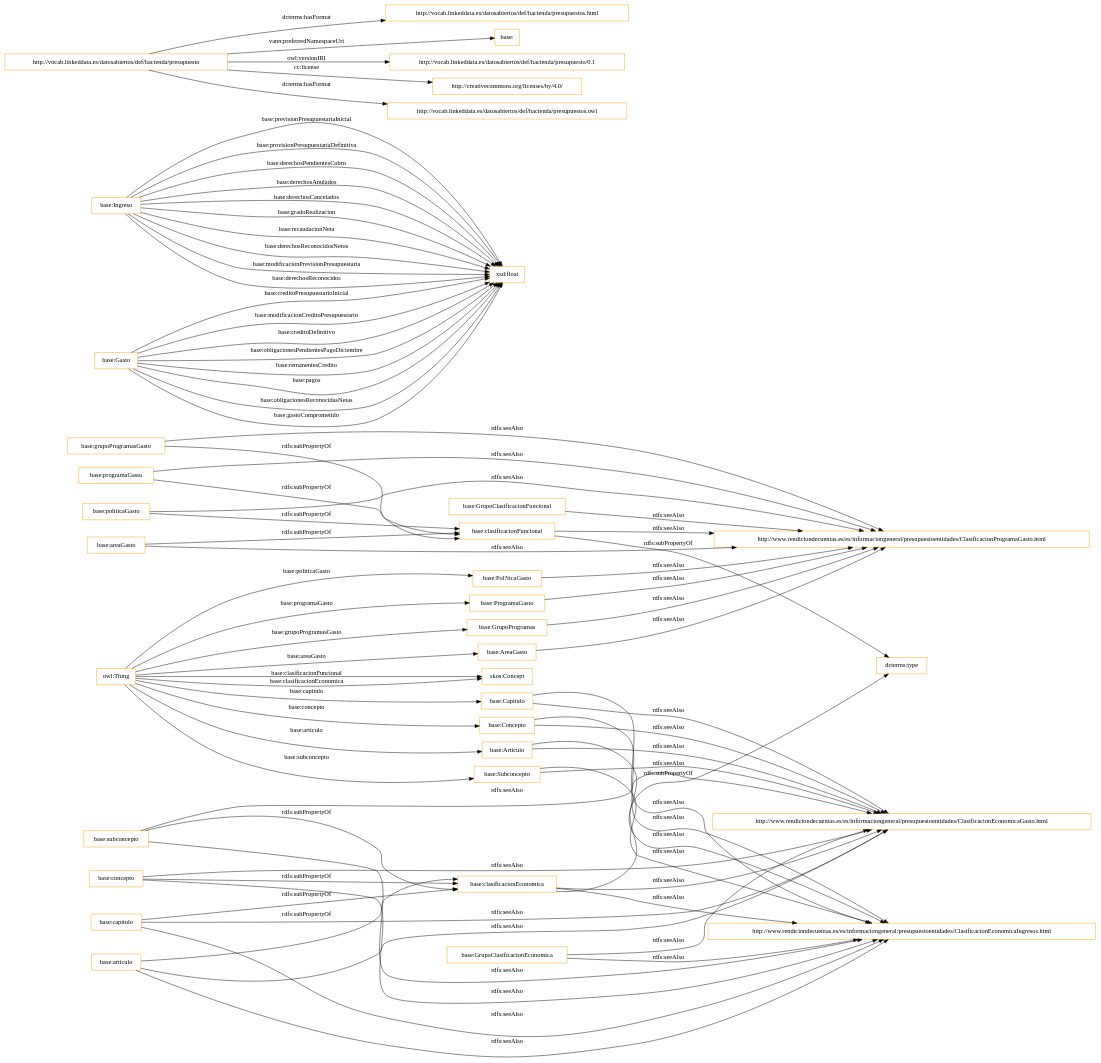
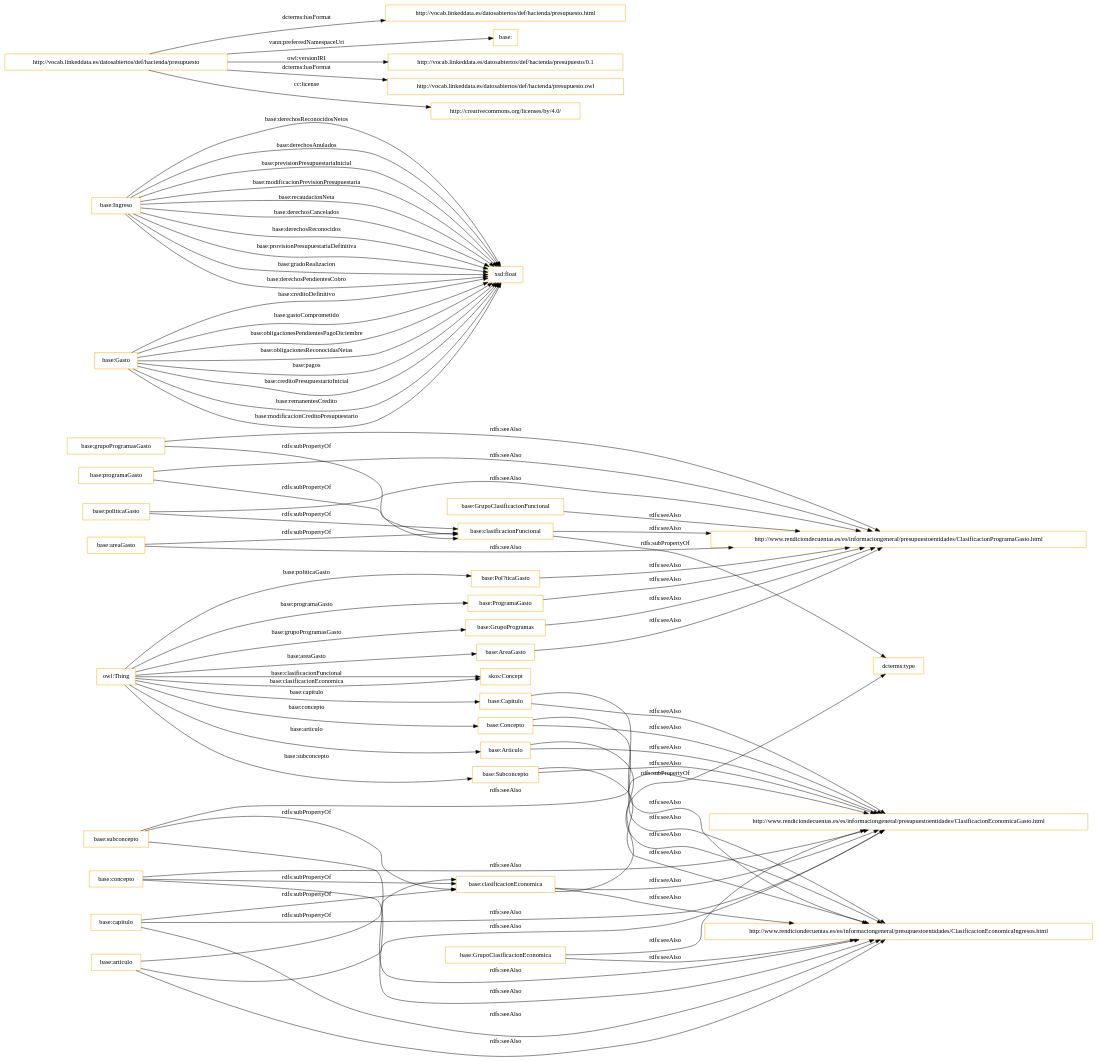
The diagram in OnToology/presupuesto.owl/diagrams/ar2dtool-class/presupuesto.owl.png.dot (opencitydata/hacienda-presupuesto-old), drawn with Graphviz before and after one commit. The commit also changed 42 other files, not shown here.

```diff
--- a/OnToology/presupuesto.owl/diagrams/ar2dtool-class/presupuesto.owl.png.dot
+++ b/OnToology/presupuesto.owl/diagrams/ar2dtool-class/presupuesto.owl.png.dot
@@ -1,79 +1,79 @@
 digraph ar2dtool_diagram { 
 rankdir=LR;
 size="1501"
 node [shape = rectangle, color="orange"]; "base:GrupoProgramas" "base:GrupoClasificacionFuncional" "base:Ingreso" "base:AreaGasto" "base:Articulo" "base:Pol?ticaGasto" "base:ProgramaGasto" "skos:Concept" "base:Capitulo" "base:Subconcepto" "base:Gasto" "base:GrupoClasificacionEconomica" "base:Concepto" ; /*classes style*/
 	"base:grupoProgramasGasto" -> "http://www.rendiciondecuentas.es/es/informaciongeneral/presupuestoentidades/ClasificacionProgramaGasto.html" [ label = "rdfs:seeAlso" ];
 	"base:grupoProgramasGasto" -> "base:clasificacionFuncional" [ label = "rdfs:subPropertyOf" ];
 	"base:Concepto" -> "http://www.rendiciondecuentas.es/es/informaciongeneral/presupuestoentidades/ClasificacionEconomicaIngresos.html" [ label = "rdfs:seeAlso" ];
 	"base:Concepto" -> "http://www.rendiciondecuentas.es/es/informaciongeneral/presupuestoentidades/ClasificacionEconomicaGasto.html" [ label = "rdfs:seeAlso" ];
 	"base:concepto" -> "http://www.rendiciondecuentas.es/es/informaciongeneral/presupuestoentidades/ClasificacionEconomicaIngresos.html" [ label = "rdfs:seeAlso" ];
 	"base:concepto" -> "http://www.rendiciondecuentas.es/es/informaciongeneral/presupuestoentidades/ClasificacionEconomicaGasto.html" [ label = "rdfs:seeAlso" ];
 	"base:concepto" -> "base:clasificacionEconomica" [ label = "rdfs:subPropertyOf" ];
 	"base:Capitulo" -> "http://www.rendiciondecuentas.es/es/informaciongeneral/presupuestoentidades/ClasificacionEconomicaIngresos.html" [ label = "rdfs:seeAlso" ];
 	"base:Capitulo" -> "http://www.rendiciondecuentas.es/es/informaciongeneral/presupuestoentidades/ClasificacionEconomicaGasto.html" [ label = "rdfs:seeAlso" ];
 	"base:capitulo" -> "http://www.rendiciondecuentas.es/es/informaciongeneral/presupuestoentidades/ClasificacionEconomicaIngresos.html" [ label = "rdfs:seeAlso" ];
 	"base:capitulo" -> "http://www.rendiciondecuentas.es/es/informaciongeneral/presupuestoentidades/ClasificacionEconomicaGasto.html" [ label = "rdfs:seeAlso" ];
 	"base:capitulo" -> "base:clasificacionEconomica" [ label = "rdfs:subPropertyOf" ];
 	"base:GrupoClasificacionFuncional" -> "http://www.rendiciondecuentas.es/es/informaciongeneral/presupuestoentidades/ClasificacionProgramaGasto.html" [ label = "rdfs:seeAlso" ];
 	"base:Pol?ticaGasto" -> "http://www.rendiciondecuentas.es/es/informaciongeneral/presupuestoentidades/ClasificacionProgramaGasto.html" [ label = "rdfs:seeAlso" ];
 	"base:GrupoProgramas" -> "http://www.rendiciondecuentas.es/es/informaciongeneral/presupuestoentidades/ClasificacionProgramaGasto.html" [ label = "rdfs:seeAlso" ];
 	"base:ProgramaGasto" -> "http://www.rendiciondecuentas.es/es/informaciongeneral/presupuestoentidades/ClasificacionProgramaGasto.html" [ label = "rdfs:seeAlso" ];
 	"base:clasificacionFuncional" -> "http://www.rendiciondecuentas.es/es/informaciongeneral/presupuestoentidades/ClasificacionProgramaGasto.html" [ label = "rdfs:seeAlso" ];
 	"base:clasificacionFuncional" -> "dcterms:type" [ label = "rdfs:subPropertyOf" ];
 	"base:politicaGasto" -> "http://www.rendiciondecuentas.es/es/informaciongeneral/presupuestoentidades/ClasificacionProgramaGasto.html" [ label = "rdfs:seeAlso" ];
 	"base:politicaGasto" -> "base:clasificacionFuncional" [ label = "rdfs:subPropertyOf" ];
-	"http://vocab.linkeddata.es/datosabiertos/def/hacienda/presupuesto" -> "http://vocab.linkeddata.es/datosabiertos/def/hacienda/presupuestos.html" [ label = "dcterms:hasFormat" ];
+	"http://vocab.linkeddata.es/datosabiertos/def/hacienda/presupuesto" -> "http://vocab.linkeddata.es/datosabiertos/def/hacienda/presupuesto.html" [ label = "dcterms:hasFormat" ];
 	"http://vocab.linkeddata.es/datosabiertos/def/hacienda/presupuesto" -> "base:" [ label = "vann:preferredNamespaceUri" ];
 	"http://vocab.linkeddata.es/datosabiertos/def/hacienda/presupuesto" -> "http://vocab.linkeddata.es/datosabiertos/def/hacienda/presupuesto/0.1" [ label = "owl:versionIRI" ];
+	"http://vocab.linkeddata.es/datosabiertos/def/hacienda/presupuesto" -> "http://vocab.linkeddata.es/datosabiertos/def/hacienda/presupuesto.owl" [ label = "dcterms:hasFormat" ];
 	"http://vocab.linkeddata.es/datosabiertos/def/hacienda/presupuesto" -> "http://creativecommons.org/licenses/by/4.0/" [ label = "cc:license" ];
-	"http://vocab.linkeddata.es/datosabiertos/def/hacienda/presupuesto" -> "http://vocab.linkeddata.es/datosabiertos/def/hacienda/presupuestos.owl" [ label = "dcterms:hasFormat" ];
 	"base:programaGasto" -> "http://www.rendiciondecuentas.es/es/informaciongeneral/presupuestoentidades/ClasificacionProgramaGasto.html" [ label = "rdfs:seeAlso" ];
 	"base:programaGasto" -> "base:clasificacionFuncional" [ label = "rdfs:subPropertyOf" ];
 	"base:AreaGasto" -> "http://www.rendiciondecuentas.es/es/informaciongeneral/presupuestoentidades/ClasificacionProgramaGasto.html" [ label = "rdfs:seeAlso" ];
 	"base:Subconcepto" -> "http://www.rendiciondecuentas.es/es/informaciongeneral/presupuestoentidades/ClasificacionEconomicaIngresos.html" [ label = "rdfs:seeAlso" ];
 	"base:Subconcepto" -> "http://www.rendiciondecuentas.es/es/informaciongeneral/presupuestoentidades/ClasificacionEconomicaGasto.html" [ label = "rdfs:seeAlso" ];
 	"base:GrupoClasificacionEconomica" -> "http://www.rendiciondecuentas.es/es/informaciongeneral/presupuestoentidades/ClasificacionEconomicaIngresos.html" [ label = "rdfs:seeAlso" ];
 	"base:GrupoClasificacionEconomica" -> "http://www.rendiciondecuentas.es/es/informaciongeneral/presupuestoentidades/ClasificacionEconomicaGasto.html" [ label = "rdfs:seeAlso" ];
 	"base:Articulo" -> "http://www.rendiciondecuentas.es/es/informaciongeneral/presupuestoentidades/ClasificacionEconomicaIngresos.html" [ label = "rdfs:seeAlso" ];
 	"base:Articulo" -> "http://www.rendiciondecuentas.es/es/informaciongeneral/presupuestoentidades/ClasificacionEconomicaGasto.html" [ label = "rdfs:seeAlso" ];
 	"base:articulo" -> "http://www.rendiciondecuentas.es/es/informaciongeneral/presupuestoentidades/ClasificacionEconomicaIngresos.html" [ label = "rdfs:seeAlso" ];
 	"base:articulo" -> "http://www.rendiciondecuentas.es/es/informaciongeneral/presupuestoentidades/ClasificacionEconomicaGasto.html" [ label = "rdfs:seeAlso" ];
 	"base:articulo" -> "base:clasificacionEconomica" [ label = "rdfs:subPropertyOf" ];
 	"base:areaGasto" -> "http://www.rendiciondecuentas.es/es/informaciongeneral/presupuestoentidades/ClasificacionProgramaGasto.html" [ label = "rdfs:seeAlso" ];
 	"base:areaGasto" -> "base:clasificacionFuncional" [ label = "rdfs:subPropertyOf" ];
 	"base:subconcepto" -> "http://www.rendiciondecuentas.es/es/informaciongeneral/presupuestoentidades/ClasificacionEconomicaIngresos.html" [ label = "rdfs:seeAlso" ];
 	"base:subconcepto" -> "http://www.rendiciondecuentas.es/es/informaciongeneral/presupuestoentidades/ClasificacionEconomicaGasto.html" [ label = "rdfs:seeAlso" ];
 	"base:subconcepto" -> "base:clasificacionEconomica" [ label = "rdfs:subPropertyOf" ];
 	"base:clasificacionEconomica" -> "http://www.rendiciondecuentas.es/es/informaciongeneral/presupuestoentidades/ClasificacionEconomicaIngresos.html" [ label = "rdfs:seeAlso" ];
 	"base:clasificacionEconomica" -> "http://www.rendiciondecuentas.es/es/informaciongeneral/presupuestoentidades/ClasificacionEconomicaGasto.html" [ label = "rdfs:seeAlso" ];
 	"base:clasificacionEconomica" -> "dcterms:type" [ label = "rdfs:subPropertyOf" ];
+	"base:Gasto" -> "xsd:float" [ label = "base:creditoDefinitivo" ];
+	"base:Ingreso" -> "xsd:float" [ label = "base:derechosReconocidosNetos" ];
+	"owl:Thing" -> "base:Articulo" [ label = "base:articulo" ];
+	"base:Ingreso" -> "xsd:float" [ label = "base:derechosAnulados" ];
+	"owl:Thing" -> "base:Concepto" [ label = "base:concepto" ];
+	"owl:Thing" -> "base:GrupoProgramas" [ label = "base:grupoProgramasGasto" ];
+	"base:Ingreso" -> "xsd:float" [ label = "base:previsionPresupuestariaInicial" ];
+	"owl:Thing" -> "base:ProgramaGasto" [ label = "base:programaGasto" ];
+	"base:Ingreso" -> "xsd:float" [ label = "base:modificacionPrevisionPresupuestaria" ];
+	"base:Gasto" -> "xsd:float" [ label = "base:gastoComprometido" ];
+	"base:Ingreso" -> "xsd:float" [ label = "base:recaudacionNeta" ];
+	"base:Gasto" -> "xsd:float" [ label = "base:obligacionesPendientesPagoDiciembre" ];
+	"base:Gasto" -> "xsd:float" [ label = "base:obligacionesReconocidasNetas" ];
+	"base:Ingreso" -> "xsd:float" [ label = "base:derechosCancelados" ];
+	"base:Gasto" -> "xsd:float" [ label = "base:pagos" ];
+	"base:Ingreso" -> "xsd:float" [ label = "base:derechosReconocidos" ];
+	"base:Ingreso" -> "xsd:float" [ label = "base:provisionPresupuestariaDefinitiva" ];
+	"base:Ingreso" -> "xsd:float" [ label = "base:gradoRealizacion" ];
+	"owl:Thing" -> "base:Pol?ticaGasto" [ label = "base:politicaGasto" ];
+	"owl:Thing" -> "base:Capitulo" [ label = "base:capitulo" ];
+	"base:Ingreso" -> "xsd:float" [ label = "base:derechosPendientesCobro" ];
 	"base:Gasto" -> "xsd:float" [ label = "base:creditoPresupuestarioInicial" ];
-	"base:Ingreso" -> "xsd:float" [ label = "base:previsionPresupuestariaInicial" ];
-	"base:Ingreso" -> "xsd:float" [ label = "base:provisionPresupuestariaDefinitiva" ];
-	"base:Ingreso" -> "xsd:float" [ label = "base:derechosPendientesCobro" ];
 	"owl:Thing" -> "base:AreaGasto" [ label = "base:areaGasto" ];
-	"base:Ingreso" -> "xsd:float" [ label = "base:derechosAnulados" ];
-	"owl:Thing" -> "base:Capitulo" [ label = "base:capitulo" ];
+	"base:Gasto" -> "xsd:float" [ label = "base:remanentesCredito" ];
 	"base:Gasto" -> "xsd:float" [ label = "base:modificacionCreditoPresupuestario" ];
-	"owl:Thing" -> "base:Concepto" [ label = "base:concepto" ];
-	"base:Gasto" -> "xsd:float" [ label = "base:creditoDefinitivo" ];
-	"base:Ingreso" -> "xsd:float" [ label = "base:derechosCancelados" ];
-	"owl:Thing" -> "base:ProgramaGasto" [ label = "base:programaGasto" ];
-	"owl:Thing" -> "base:Articulo" [ label = "base:articulo" ];
-	"base:Ingreso" -> "xsd:float" [ label = "base:gradoRealizacion" ];
-	"base:Ingreso" -> "xsd:float" [ label = "base:recaudacionNeta" ];
-	"owl:Thing" -> "base:Pol?ticaGasto" [ label = "base:politicaGasto" ];
-	"base:Gasto" -> "xsd:float" [ label = "base:obligacionesPendientesPagoDiciembre" ];
-	"owl:Thing" -> "base:GrupoProgramas" [ label = "base:grupoProgramasGasto" ];
-	"base:Gasto" -> "xsd:float" [ label = "base:remanentesCredito" ];
-	"base:Ingreso" -> "xsd:float" [ label = "base:derechosReconocidosNetos" ];
+	"owl:Thing" -> "base:Subconcepto" [ label = "base:subconcepto" ];
 	"owl:Thing" -> "skos:Concept" [ label = "base:clasificacionEconomica" ];
-	"base:Ingreso" -> "xsd:float" [ label = "base:modificacionPrevisionPresupuestaria" ];
-	"base:Gasto" -> "xsd:float" [ label = "base:pagos" ];
 	"owl:Thing" -> "skos:Concept" [ label = "base:clasificacionFuncional" ];
-	"owl:Thing" -> "base:Subconcepto" [ label = "base:subconcepto" ];
-	"base:Gasto" -> "xsd:float" [ label = "base:obligacionesReconocidasNetas" ];
-	"base:Gasto" -> "xsd:float" [ label = "base:gastoComprometido" ];
-	"base:Ingreso" -> "xsd:float" [ label = "base:derechosReconocidos" ];
 
 }
```
